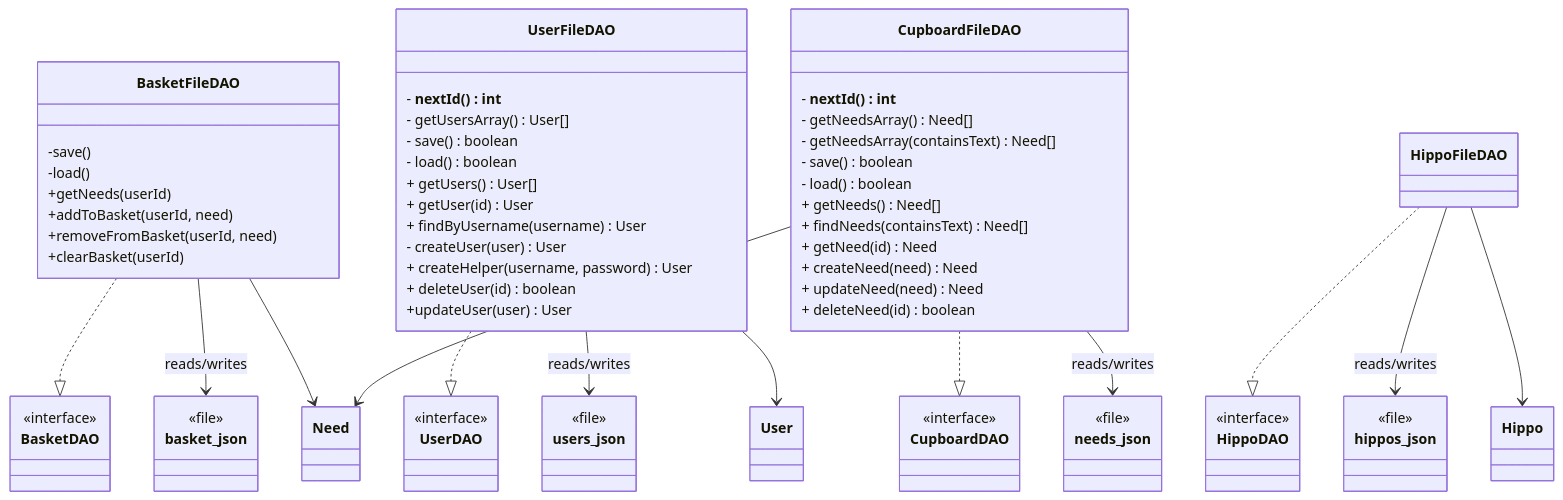
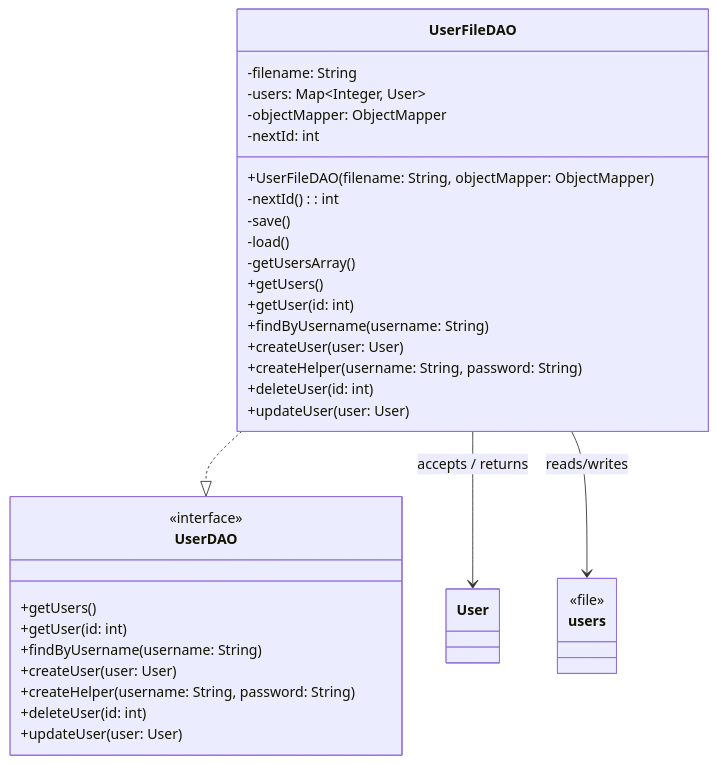
The tenth of 11 diagrams in docs/DesignDoc.md (QuinnYates29/hungry-hippos), drawn with Mermaid before and after one commit. The commit also changed other lines of this file, not shown here.

````diff
--- a/docs/DesignDoc.md
+++ b/docs/DesignDoc.md
@@ -267,108 +489,42 @@
 ```mermaid
 classDiagram
-
-%% Interfaces
-class BasketDAO {
-  <<interface>>
+class UserFileDAO {
+  -filename: String
+  -users: Map~Integer, User~
+  -objectMapper: ObjectMapper
+  -nextId: int
+  +UserFileDAO(filename: String, objectMapper: ObjectMapper)
+  -nextId(): int
+  -save()
+  -load()
+  -getUsersArray()
+  +getUsers()
+  +getUser(id: int)
+  +findByUsername(username: String)
+  +createUser(user: User)
+  +createHelper(username: String, password: String)
+  +deleteUser(id: int)
+  +updateUser(user: User)
 }
 
 class UserDAO {
   <<interface>>
+  +getUsers()
+  +getUser(id: int)
+  +findByUsername(username: String)
+  +createUser(user: User)
+  +createHelper(username: String, password: String)
+  +deleteUser(id: int)
+  +updateUser(user: User)
 }
 
-class CupboardDAO {
-  <<interface>>
-}
+class User
 
-class HippoDAO {
-  <<interface>>
-}
-
-%% Implementations
-class BasketFileDAO {
-  -save()
-  -load()
-  +getNeeds(userId)
-  +addToBasket(userId, need)
-  +removeFromBasket(userId, need)
-  +clearBasket(userId)
-}
-
-class UserFileDAO {
-  - __nextId() int__
-  - getUsersArray() User[]
-  - save() boolean
-  - load() boolean
-  + getUsers() User[]
-  + getUser(id) User
-  + findByUsername(username) User
-  - createUser(user) User
-  + createHelper(username, password) User
-  + deleteUser(id) boolean
-  +updateUser(user) User
-}
-
-class CupboardFileDAO {
-  - __nextId() int__
-  - getNeedsArray() Need[]
-  - getNeedsArray(containsText) Need[]
-  - save() boolean
-  - load() boolean
-  + getNeeds() Need[] 
-  + findNeeds(containsText) Need[]
-  + getNeed(id) Need
-  + createNeed(need) Need
-  + updateNeed(need) Need
-  + deleteNeed(id) boolean
-}
-
-class HippoFileDAO {
-
-}
-
-%% Domain Models
-class Need {
-}
-
-class User {
-}
-
-class Hippo {
-
-}
-
-%% File Resources (represented as classes for diagram clarity)
-class basket_json {
+class users{
   <<file>>
 }
 
-class users_json {
-  <<file>>
-}
-
-class needs_json {
-  <<file>>
-}
-
-class hippos_json {
-  <<file>>
-}
-
-%% Interface Implementations
-BasketFileDAO ..|> BasketDAO
 UserFileDAO ..|> UserDAO
-CupboardFileDAO ..|> CupboardDAO
-HippoFileDAO ..|> HippoDAO
-
-%% File Access Relationships
-BasketFileDAO --> basket_json : reads/writes
-UserFileDAO --> users_json : reads/writes
-CupboardFileDAO --> needs_json : reads/writes
-HippoFileDAO --> hippos_json : reads/writes
-
-%% Domain Usage
-BasketFileDAO --> Need
-CupboardFileDAO --> Need
-UserFileDAO --> User
-HippoFileDAO --> Hippo
+UserFileDAO --> User : accepts / returns
+UserFileDAO --> users : reads/writes
 ```
````
